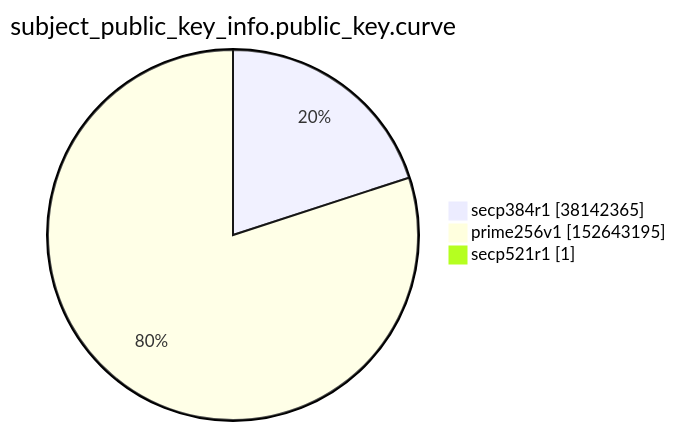
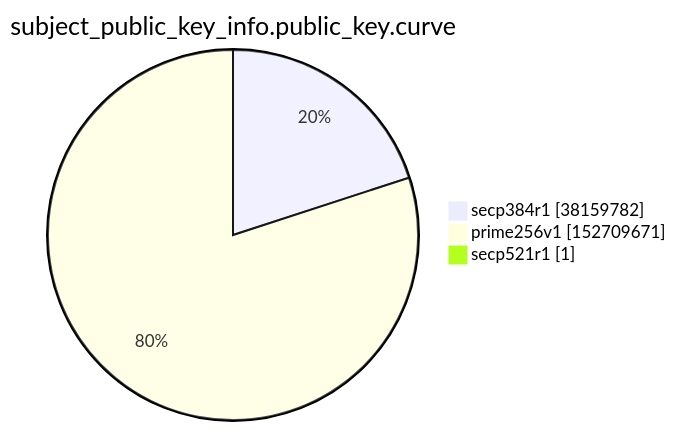
One commit to christiankrug/ctmonitor_visualization changed the ninth of 15 diagrams in xenon2022/README.md. Above: the diagram before and after it, drawn with Mermaid. The commit also changed other lines of this file, not shown here.

````diff
--- a/xenon2022/README.md
+++ b/xenon2022/README.md
@@ -2860,7 +2860,7 @@
 ```mermaid
 pie showData
 title subject_public_key_info.public_key.curve
-"secp384r1" :38142365
-"prime256v1" :152643195
+"secp384r1" :38159782
+"prime256v1" :152709671
 "secp521r1" :1
 ```
````
